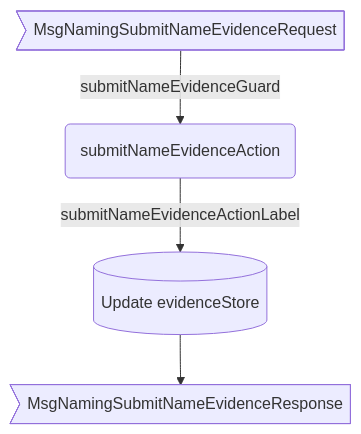
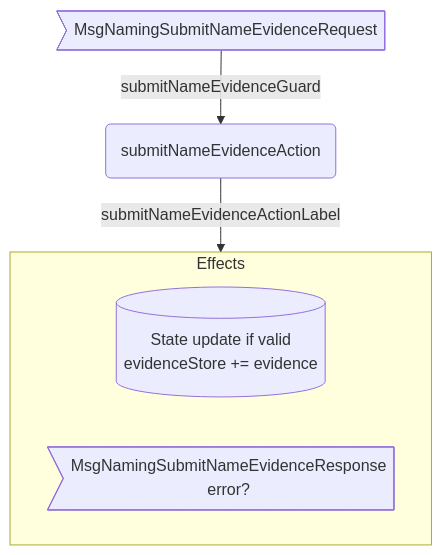
Before and after one commit to anoma/nspec: the second of 3 diagrams in docs/arch/node/engines/naming_behaviour.juvix.md, drawn with Mermaid. The commit also changed other lines of this file, not shown here.

````diff
--- a/docs/arch/node/engines/naming_behaviour.juvix.md
+++ b/docs/arch/node/engines/naming_behaviour.juvix.md
@@ -500,9 +497,11 @@
 ```mermaid
 flowchart TD
-  CM>MsgNamingSubmitNameEvidenceRequest]
+  MSG>MsgNamingSubmitNameEvidenceRequest]
   A(submitNameEvidenceAction)
-  RE>MsgNamingSubmitNameEvidenceResponse]
-  ES[(Update evidenceStore)]
+  subgraph E[Effects]
+    ES[(State update if valid<br>evidenceStore += evidence)]
+    EM>MsgNamingSubmitNameEvidenceResponse<br/>error?]
+  end
 
-  CM --submitNameEvidenceGuard--> A --submitNameEvidenceActionLabel--> ES --> RE
+  MSG --submitNameEvidenceGuard--> A --submitNameEvidenceActionLabel--> E
 ```
````
